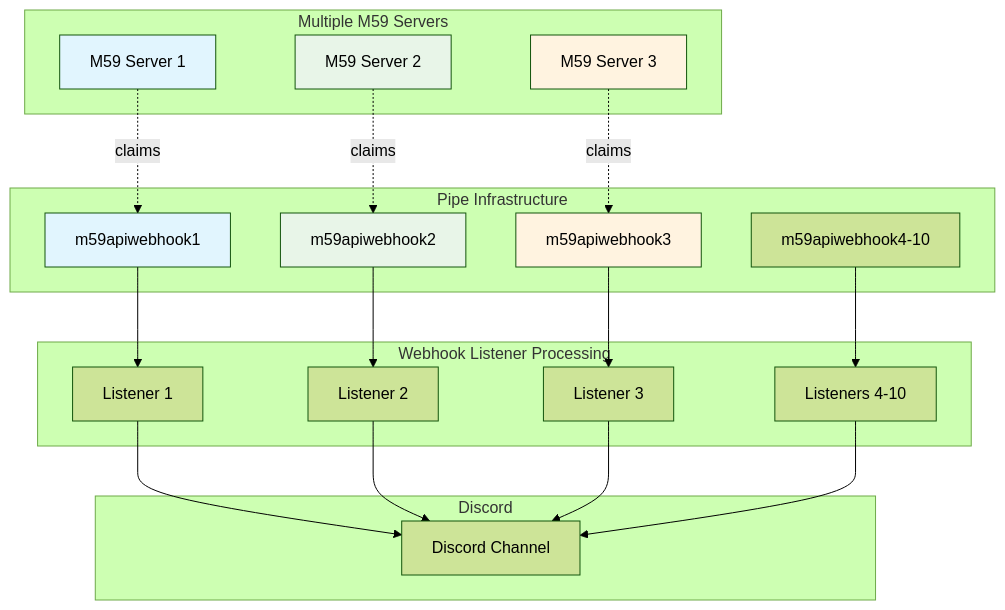
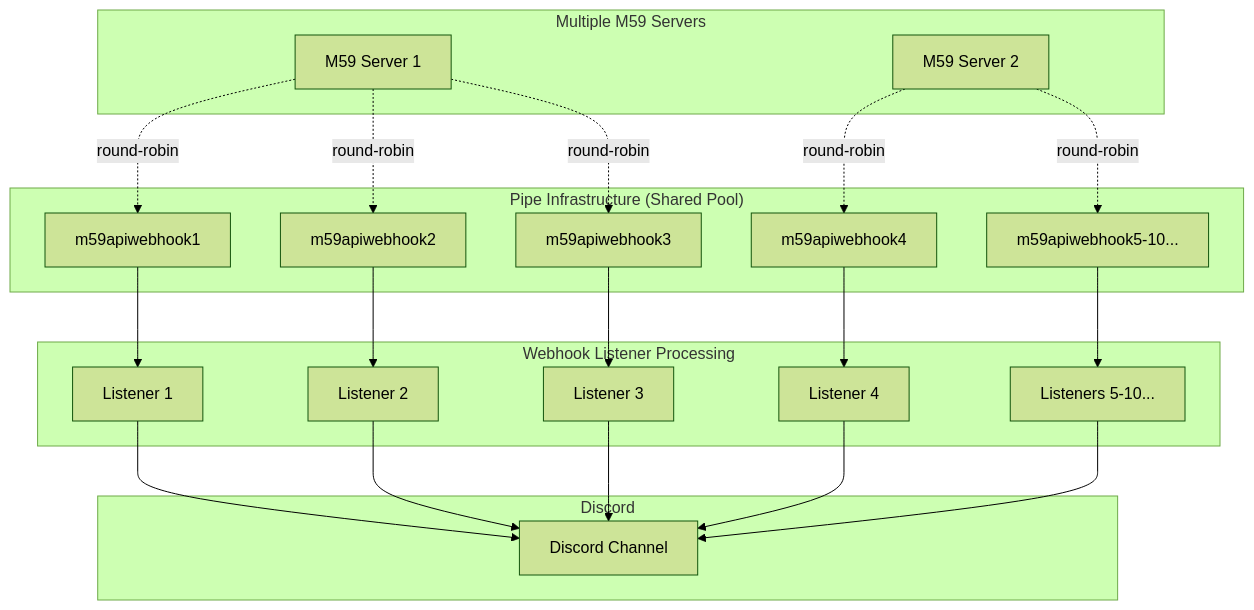
The second of 2 diagrams in docs/webhooks.md (Meridian59/Meridian59), drawn with Mermaid (forest theme) before and after one commit. The commit also changed other lines of this file, not shown here.

````diff
--- a/docs/webhooks.md
+++ b/docs/webhooks.md
@@ -117,47 +117,45 @@
 ```mermaid
 graph TB
     subgraph "Multiple M59 Servers"
         S1[M59 Server 1]
         S2[M59 Server 2]
-        S3[M59 Server 3]
     end
     
-    subgraph "Pipe Infrastructure"
+    subgraph "Pipe Infrastructure (Shared Pool)"
         P1[m59apiwebhook1]
         P2[m59apiwebhook2]
         P3[m59apiwebhook3]
-        P4[m59apiwebhook4-10]
+        P4[m59apiwebhook4]
+        P5[m59apiwebhook5-10...]
     end
     
     subgraph "Webhook Listener Processing"
         L1[Listener 1]
         L2[Listener 2]
         L3[Listener 3]
-        L4[Listeners 4-10]
+        L4[Listener 4]
+        L5[Listeners 5-10...]
     end
     
     subgraph "Discord"
         D[Discord Channel]
     end
     
-    S1 -.->|claims| P1
-    S2 -.->|claims| P2
-    S3 -.->|claims| P3
+    S1 -.->|round-robin| P1
+    S1 -.->|round-robin| P2
+    S1 -.->|round-robin| P3
+    S2 -.->|round-robin| P4
+    S2 -.->|round-robin| P5
     
     P1 --> L1
     P2 --> L2
     P3 --> L3
     P4 --> L4
+    P5 --> L5
     
     L1 --> D
     L2 --> D
     L3 --> D
     L4 --> D
-    
-    style S1 fill:#e1f5fe
-    style S2 fill:#e8f5e8
-    style S3 fill:#fff3e0
-    style P1 fill:#e1f5fe
-    style P2 fill:#e8f5e8
-    style P3 fill:#fff3e0
+    L5 --> D
 ```
````
